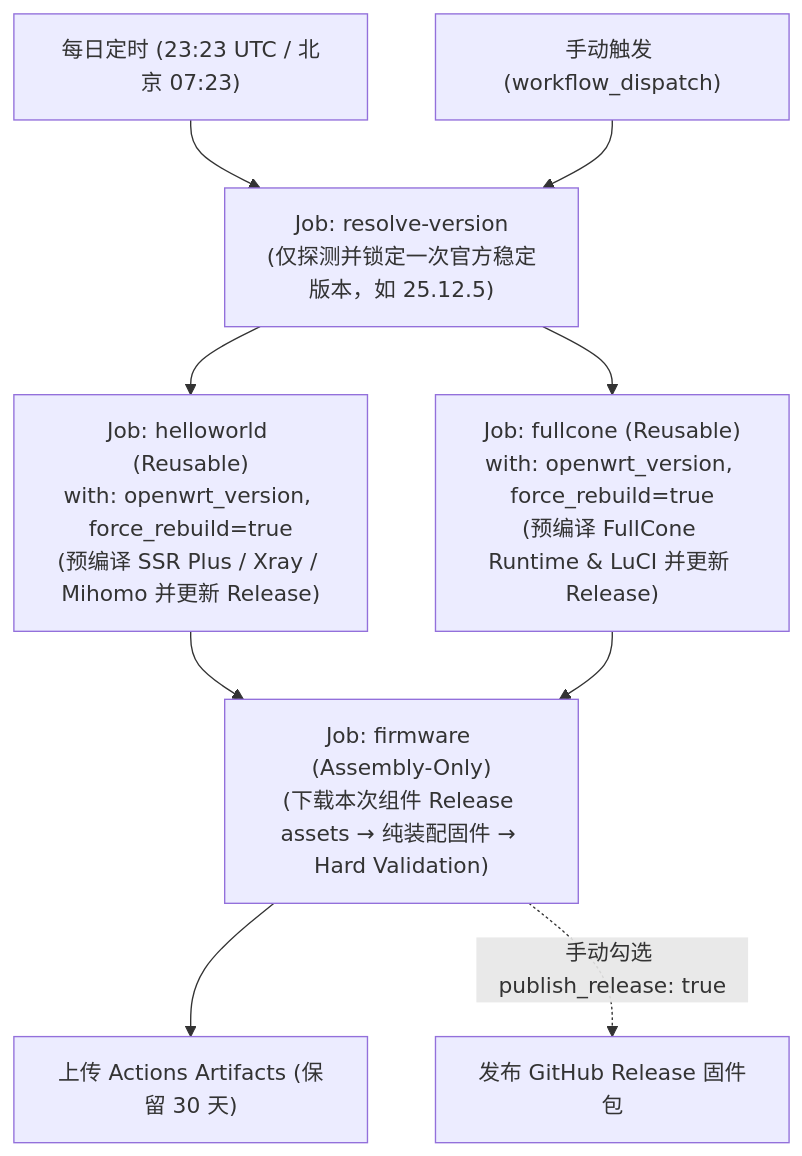
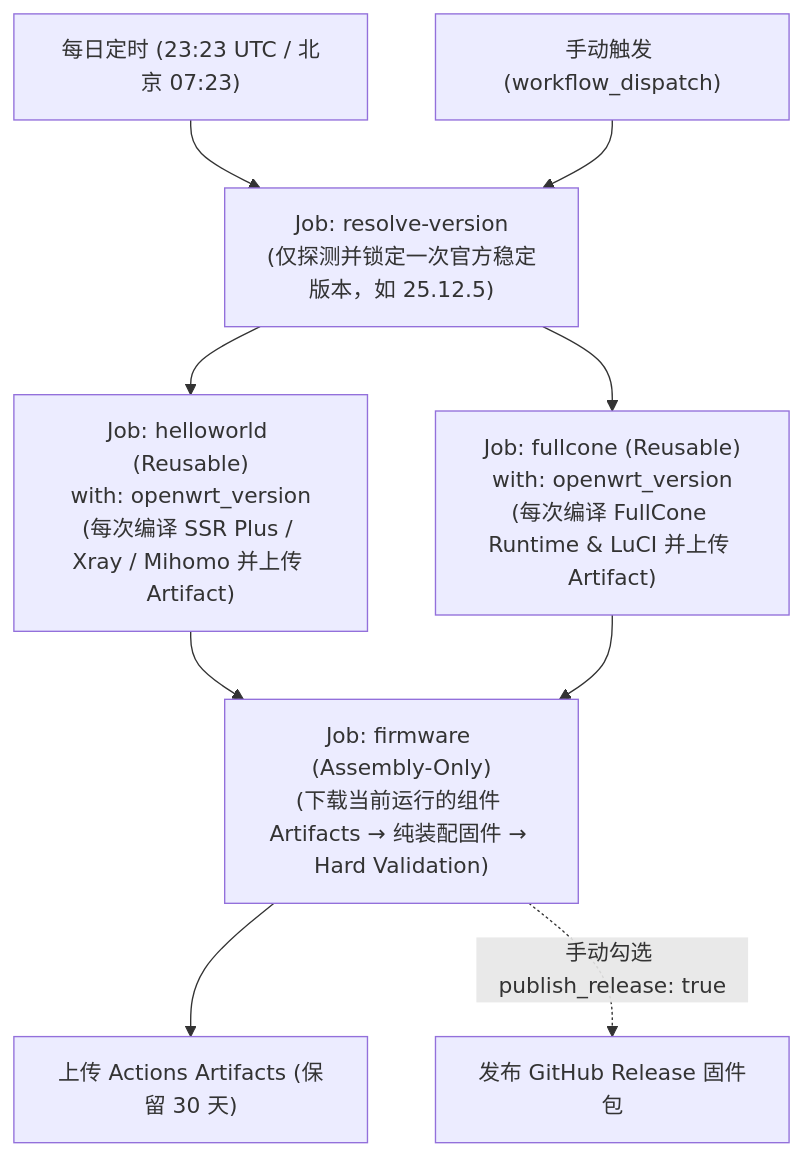
One commit to EluneAdore/openwrt-imagebuilder-ci changed the diagram in README.md. Above: the diagram before and after it, drawn with Mermaid. The commit also changed other lines of this file and 5 other files, not shown here.

````diff
--- a/README.md
+++ b/README.md
@@ -39,14 +40,14 @@
 ```mermaid
 flowchart TD
     schedule["每日定时 (23:23 UTC / 北京 07:23)"] --> resolve["Job: resolve-version<br/>(仅探测并锁定一次官方稳定版本，如 25.12.5)"]
     dispatch["手动触发 (workflow_dispatch)"] --> resolve
 
-    resolve --> helloworld["Job: helloworld (Reusable)<br/>with: openwrt_version, force_rebuild=true<br/>(预编译 SSR Plus / Xray / Mihomo 并更新 Release)"]
-    resolve --> fullcone["Job: fullcone (Reusable)<br/>with: openwrt_version, force_rebuild=true<br/>(预编译 FullCone Runtime & LuCI 并更新 Release)"]
+    resolve --> helloworld["Job: helloworld (Reusable)<br/>with: openwrt_version<br/>(每次编译 SSR Plus / Xray / Mihomo 并上传 Artifact)"]
+    resolve --> fullcone["Job: fullcone (Reusable)<br/>with: openwrt_version<br/>(每次编译 FullCone Runtime & LuCI 并上传 Artifact)"]
 
-    helloworld --> firmware["Job: firmware (Assembly-Only)<br/>(下载本次组件 Release assets → 纯装配固件 → Hard Validation)"]
+    helloworld --> firmware["Job: firmware (Assembly-Only)<br/>(下载当前运行的组件 Artifacts → 纯装配固件 → Hard Validation)"]
     fullcone --> firmware
 
     firmware --> artifacts["上传 Actions Artifacts (保留 30 天)"]
     firmware -.->|"手动勾选 publish_release: true"| release["发布 GitHub Release 固件包"]
 ```
````
